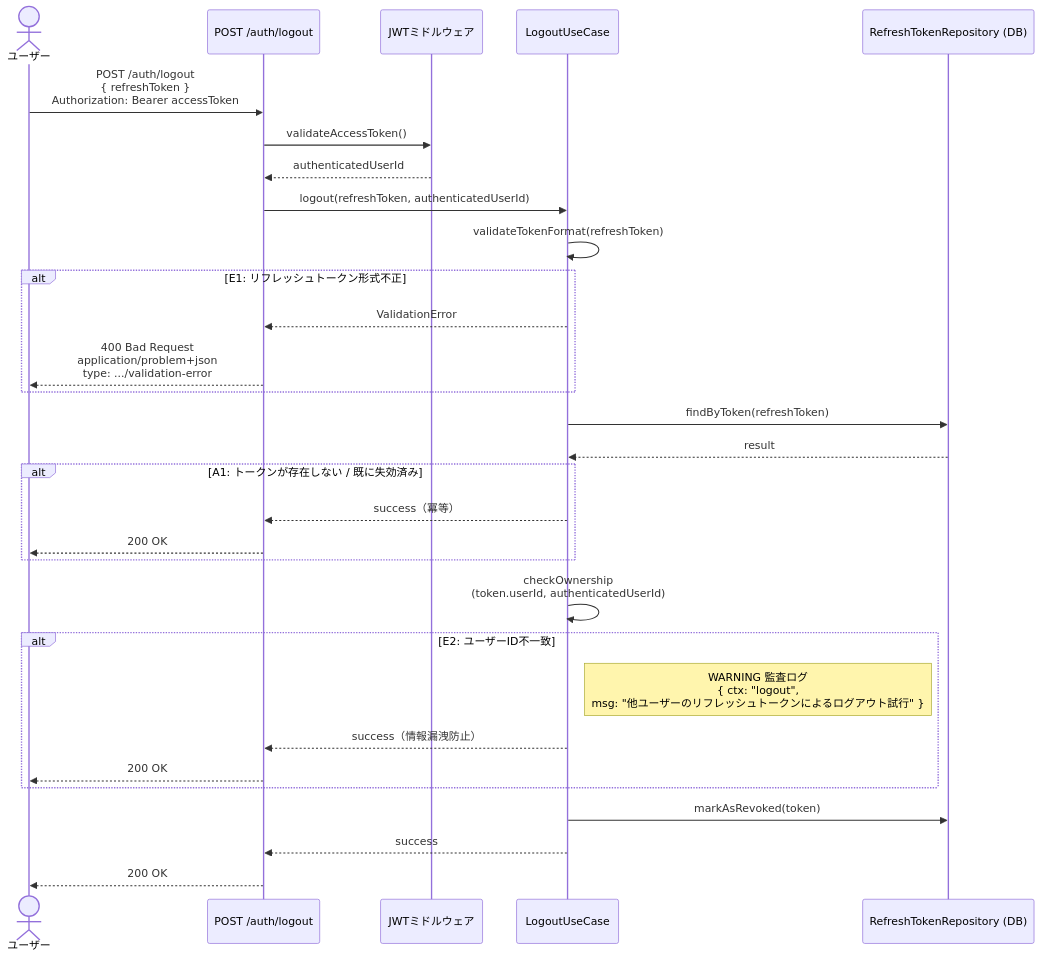
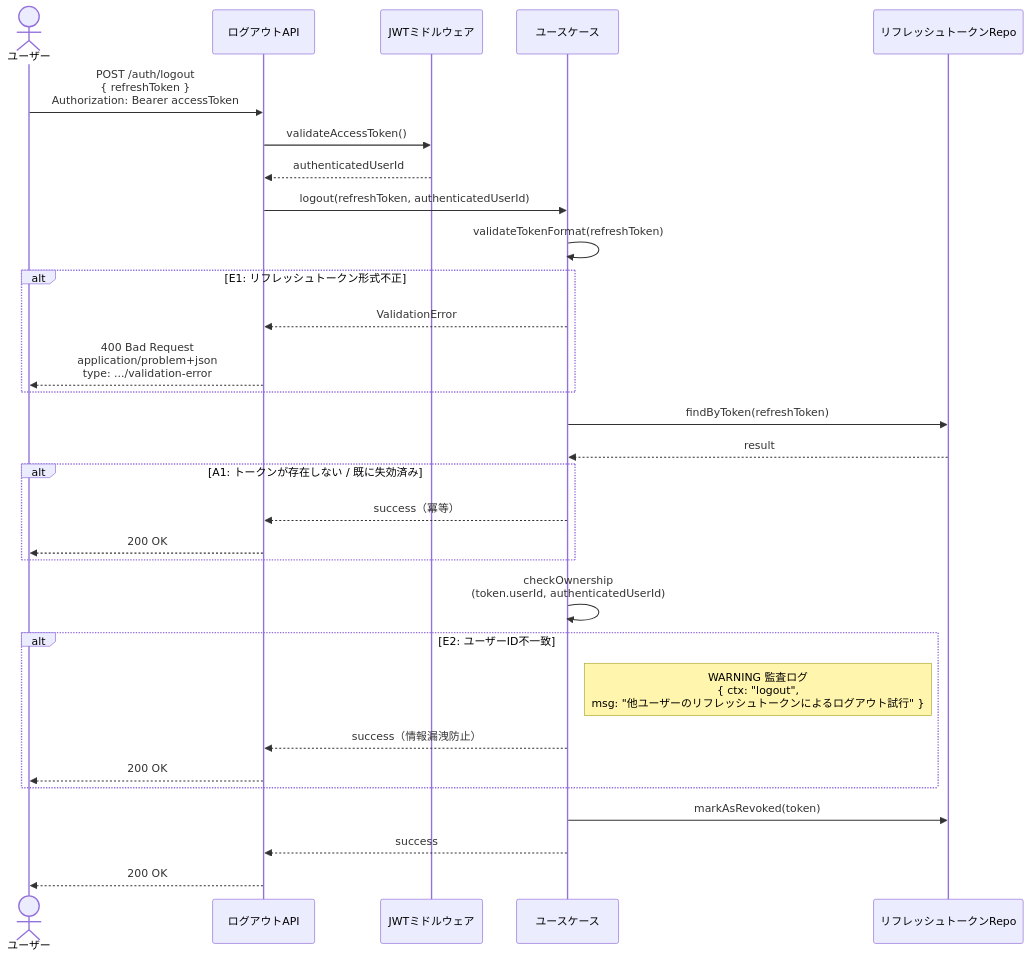
The second of 2 diagrams in .docs/design/buc/BUC-U06.md (suunet/POC_HYDRA_AUTH), drawn with Mermaid before and after one commit. The commit also changed 15 other files, not shown here.

````diff
--- a/.docs/design/buc/BUC-U06.md
+++ b/.docs/design/buc/BUC-U06.md
@@ -101,32 +101,32 @@
 ```mermaid
 sequenceDiagram
-  actor ユーザー as ユーザー
-  participant ログアウトAPI as POST /auth/logout
-  participant ミドルウェア as JWTミドルウェア
-  participant ユースケース as LogoutUseCase
-  participant リフレッシュトークンRepo as RefreshTokenRepository (DB)
-  ユーザー->>ログアウトAPI: POST /auth/logout<br/>{ refreshToken }<br/>Authorization: Bearer accessToken
-  ログアウトAPI->>ミドルウェア: validateAccessToken()
-  ミドルウェア-->>ログアウトAPI: authenticatedUserId
-  ログアウトAPI->>ユースケース: logout(refreshToken, authenticatedUserId)
-  ユースケース->>ユースケース: validateTokenFormat(refreshToken)
+  actor User as ユーザー
+  participant LogoutAPI as ログアウトAPI
+  participant Middleware as JWTミドルウェア
+  participant UseCase as ユースケース
+  participant RefreshRepo as リフレッシュトークンRepo
+  User->>LogoutAPI: POST /auth/logout<br/>{ refreshToken }<br/>Authorization: Bearer accessToken
+  LogoutAPI->>Middleware: validateAccessToken()
+  Middleware-->>LogoutAPI: authenticatedUserId
+  LogoutAPI->>UseCase: logout(refreshToken, authenticatedUserId)
+  UseCase->>UseCase: validateTokenFormat(refreshToken)
   alt E1: リフレッシュトークン形式不正
-  ユースケース-->>ログアウトAPI: ValidationError
-  ログアウトAPI-->>ユーザー: 400 Bad Request<br/>application/problem+json<br/>type: .../validation-error
+  UseCase-->>LogoutAPI: ValidationError
+  LogoutAPI-->>User: 400 Bad Request<br/>application/problem+json<br/>type: .../validation-error
   end
-  ユースケース->>リフレッシュトークンRepo: findByToken(refreshToken)
-  リフレッシュトークンRepo-->>ユースケース: result
+  UseCase->>RefreshRepo: findByToken(refreshToken)
+  RefreshRepo-->>UseCase: result
   alt A1: トークンが存在しない / 既に失効済み
-  ユースケース-->>ログアウトAPI: success（冪等）
-  ログアウトAPI-->>ユーザー: 200 OK
+  UseCase-->>LogoutAPI: success（冪等）
+  LogoutAPI-->>User: 200 OK
   end
-  ユースケース->>ユースケース: checkOwnership<br/>(token.userId, authenticatedUserId)
+  UseCase->>UseCase: checkOwnership<br/>(token.userId, authenticatedUserId)
   alt E2: ユーザーID不一致
-  Note right of ユースケース: WARNING 監査ログ<br/>{ ctx: "logout",<br/>msg: "他ユーザーのリフレッシュトークンによるログアウト試行" }
-  ユースケース-->>ログアウトAPI: success（情報漏洩防止）
-  ログアウトAPI-->>ユーザー: 200 OK
+  Note right of UseCase: WARNING 監査ログ<br/>{ ctx: "logout",<br/>msg: "他ユーザーのリフレッシュトークンによるログアウト試行" }
+  UseCase-->>LogoutAPI: success（情報漏洩防止）
+  LogoutAPI-->>User: 200 OK
   end
-  ユースケース->>リフレッシュトークンRepo: markAsRevoked(token)
-  ユースケース-->>ログアウトAPI: success
-  ログアウトAPI-->>ユーザー: 200 OK
+  UseCase->>RefreshRepo: markAsRevoked(token)
+  UseCase-->>LogoutAPI: success
+  LogoutAPI-->>User: 200 OK
 ```
````
